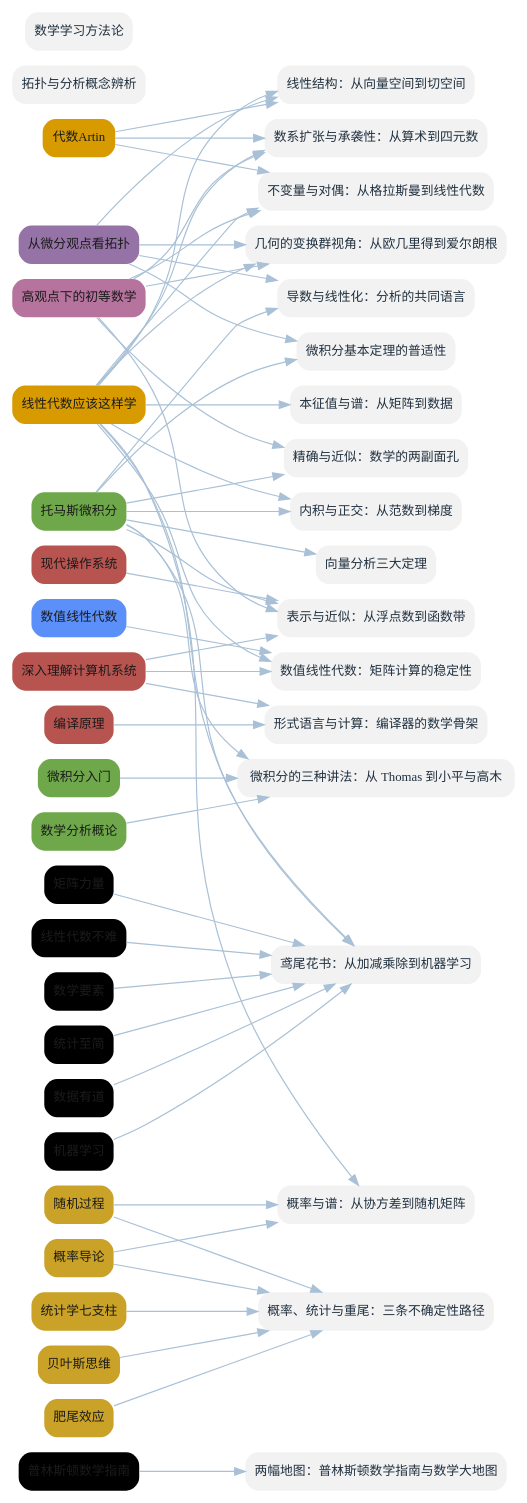
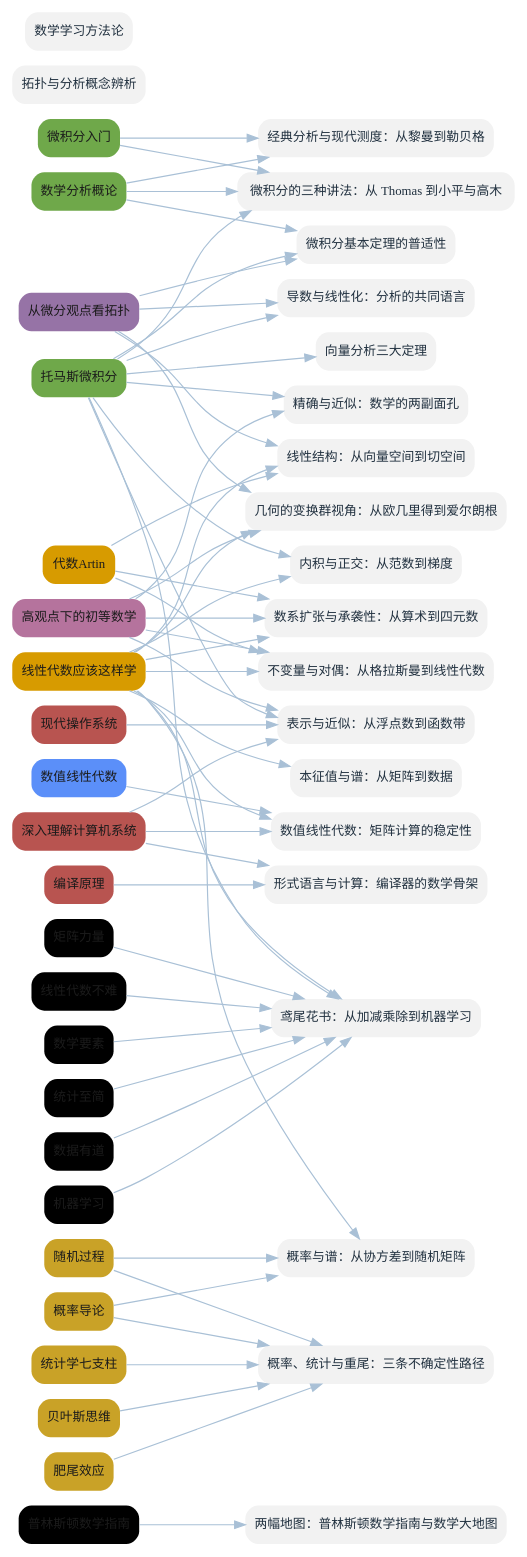
One commit to lyp0746/lyp-notes changed the diagram in book/figures/fig-bridges.dot. Above: the diagram before and after it, drawn with Graphviz. The commit also changed 60 other files, not shown here.

Commit message:
收录高木贞治《数学分析概论》完整精读：raw 清洗去重并按 9 章+2 附录拆分(276 轮, 零损失)去样板；新增 16 概念(凸函数/有界变差/无穷积/复解析/留数/Γ函数/Fourier积分/包络/重积分换元/曲线坐标/勒贝格测度/勒贝格积分/绝对连续/Stieltjes 等)+1 跨书桥接「经典分析与现代测度」；导读/实体/来源重归类为本人精读；产出章节地图+学习路线+复习卡(956 题)；重建地图/Canvas/插图与 PDF(206 概念)

```diff
--- a/book/figures/fig-bridges.dot
+++ b/book/figures/fig-bridges.dot
@@ -1,99 +1,103 @@
 digraph G {
   graph [bgcolor="white", rankdir=LR, nodesep=0.2, ranksep=1.2];
   node [shape=box, style="rounded,filled", penwidth=0, fontname="Microsoft YaHei", fontsize=12];
   edge [color="#A9C0D6", penwidth=1.1];
   B_PCM [label="普林斯顿数学指南", fillcolor="#DDD", fontcolor="#1B1B1B"];
   B_AT [label="代数Artin", fillcolor="#D79B00", fontcolor="#1B1B1B"];
   B_LA [label="线性代数应该这样学", fillcolor="#D79B00", fontcolor="#1B1B1B"];
   B_CA [label="托马斯微积分", fillcolor="#6FA84A", fontcolor="#1B1B1B"];
   B_CM [label="微积分入门", fillcolor="#6FA84A", fontcolor="#1B1B1B"];
   B_MA [label="数学分析概论", fillcolor="#6FA84A", fontcolor="#1B1B1B"];
   B_DT [label="从微分观点看拓扑", fillcolor="#9673A6", fontcolor="#1B1B1B"];
   B_KG [label="高观点下的初等数学", fillcolor="#B5739D", fontcolor="#1B1B1B"];
   B_PD [label="概率导论", fillcolor="#C9A227", fontcolor="#1B1B1B"];
   B_SP [label="随机过程", fillcolor="#C9A227", fontcolor="#1B1B1B"];
   B_SS [label="统计学七支柱", fillcolor="#C9A227", fontcolor="#1B1B1B"];
   B_BT [label="贝叶斯思维", fillcolor="#C9A227", fontcolor="#1B1B1B"];
   B_FT [label="肥尾效应", fillcolor="#C9A227", fontcolor="#1B1B1B"];
   B_CSAPP [label="深入理解计算机系统", fillcolor="#B85450", fontcolor="#1B1B1B"];
   B_MOS [label="现代操作系统", fillcolor="#B85450", fontcolor="#1B1B1B"];
   B_CP [label="编译原理", fillcolor="#B85450", fontcolor="#1B1B1B"];
   B_NLA [label="数值线性代数", fillcolor="#5B8FF9", fontcolor="#1B1B1B"];
   B_MX [label="矩阵力量", fillcolor="#DDD", fontcolor="#1B1B1B"];
   B_LNA [label="线性代数不难", fillcolor="#DDD", fontcolor="#1B1B1B"];
   B_SJ [label="数学要素", fillcolor="#DDD", fontcolor="#1B1B1B"];
   B_TZ [label="统计至简", fillcolor="#DDD", fontcolor="#1B1B1B"];
   B_DY [label="数据有道", fillcolor="#DDD", fontcolor="#1B1B1B"];
   B_MLI [label="机器学习", fillcolor="#DDD", fontcolor="#1B1B1B"];
   T_0 [label="导数与线性化：分析的共同语言", fillcolor="#F2F2F2", fontcolor="#20303F"];
   T_1 [label="线性结构：从向量空间到切空间", fillcolor="#F2F2F2", fontcolor="#20303F"];
   T_2 [label="内积与正交：从范数到梯度", fillcolor="#F2F2F2", fontcolor="#20303F"];
   T_3 [label="本征值与谱：从矩阵到数据", fillcolor="#F2F2F2", fontcolor="#20303F"];
   T_4 [label="微积分基本定理的普适性", fillcolor="#F2F2F2", fontcolor="#20303F"];
   T_5 [label="向量分析三大定理", fillcolor="#F2F2F2", fontcolor="#20303F"];
   T_6 [label="拓扑与分析概念辨析", fillcolor="#F2F2F2", fontcolor="#20303F"];
   T_7 [label="数学学习方法论", fillcolor="#F2F2F2", fontcolor="#20303F"];
   T_8 [label="不变量与对偶：从格拉斯曼到线性代数", fillcolor="#F2F2F2", fontcolor="#20303F"];
   T_9 [label="数系扩张与承袭性：从算术到四元数", fillcolor="#F2F2F2", fontcolor="#20303F"];
   T_10 [label="精确与近似：数学的两副面孔", fillcolor="#F2F2F2", fontcolor="#20303F"];
   T_11 [label="几何的变换群视角：从欧几里得到爱尔朗根", fillcolor="#F2F2F2", fontcolor="#20303F"];
   T_12 [label="概率与谱：从协方差到随机矩阵", fillcolor="#F2F2F2", fontcolor="#20303F"];
   T_13 [label="表示与近似：从浮点数到函数带", fillcolor="#F2F2F2", fontcolor="#20303F"];
   T_14 [label="概率、统计与重尾：三条不确定性路径", fillcolor="#F2F2F2", fontcolor="#20303F"];
   T_15 [label="形式语言与计算：编译器的数学骨架", fillcolor="#F2F2F2", fontcolor="#20303F"];
   T_16 [label="数值线性代数：矩阵计算的稳定性", fillcolor="#F2F2F2", fontcolor="#20303F"];
   T_17 [label="微积分的三种讲法：从 Thomas 到小平与高木", fillcolor="#F2F2F2", fontcolor="#20303F"];
   T_18 [label="两幅地图：普林斯顿数学指南与数学大地图", fillcolor="#F2F2F2", fontcolor="#20303F"];
   T_19 [label="鸢尾花书：从加减乘除到机器学习", fillcolor="#F2F2F2", fontcolor="#20303F"];
+  T_20 [label="经典分析与现代测度：从黎曼到勒贝格", fillcolor="#F2F2F2", fontcolor="#20303F"];
   B_CA -> T_0;
   B_DT -> T_0;
   B_LA -> T_1;
   B_DT -> T_1;
   B_AT -> T_1;
   B_LA -> T_2;
   B_CA -> T_2;
   B_LA -> T_3;
   B_CA -> T_4;
   B_DT -> T_4;
   B_CA -> T_5;
   B_KG -> T_8;
   B_LA -> T_8;
   B_AT -> T_8;
   B_KG -> T_9;
   B_LA -> T_9;
   B_AT -> T_9;
   B_KG -> T_10;
   B_CA -> T_10;
   B_KG -> T_11;
   B_DT -> T_11;
   B_LA -> T_11;
   B_PD -> T_12;
   B_SP -> T_12;
   B_LA -> T_12;
   B_CSAPP -> T_13;
   B_MOS -> T_13;
   B_KG -> T_13;
   B_CA -> T_13;
   B_PD -> T_14;
   B_SP -> T_14;
   B_SS -> T_14;
   B_BT -> T_14;
   B_FT -> T_14;
   B_CP -> T_15;
   B_CSAPP -> T_15;
   B_NLA -> T_16;
   B_LA -> T_16;
   B_CSAPP -> T_16;
   B_CA -> T_17;
   B_CM -> T_17;
   B_MA -> T_17;
+  B_MA -> T_20;
+  B_CM -> T_20;
+  B_MA -> T_4;
   B_PCM -> T_18;
   B_MX -> T_19;
   B_LNA -> T_19;
   B_SJ -> T_19;
   B_TZ -> T_19;
   B_DY -> T_19;
   B_MLI -> T_19;
   B_LA -> T_19;
   B_CA -> T_19;
 }
```
